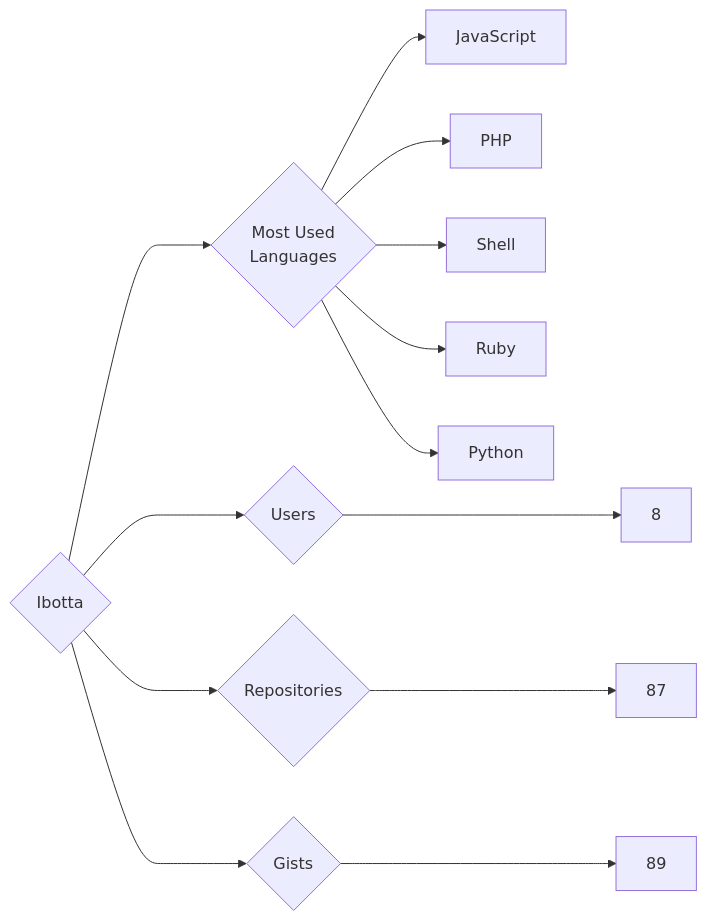
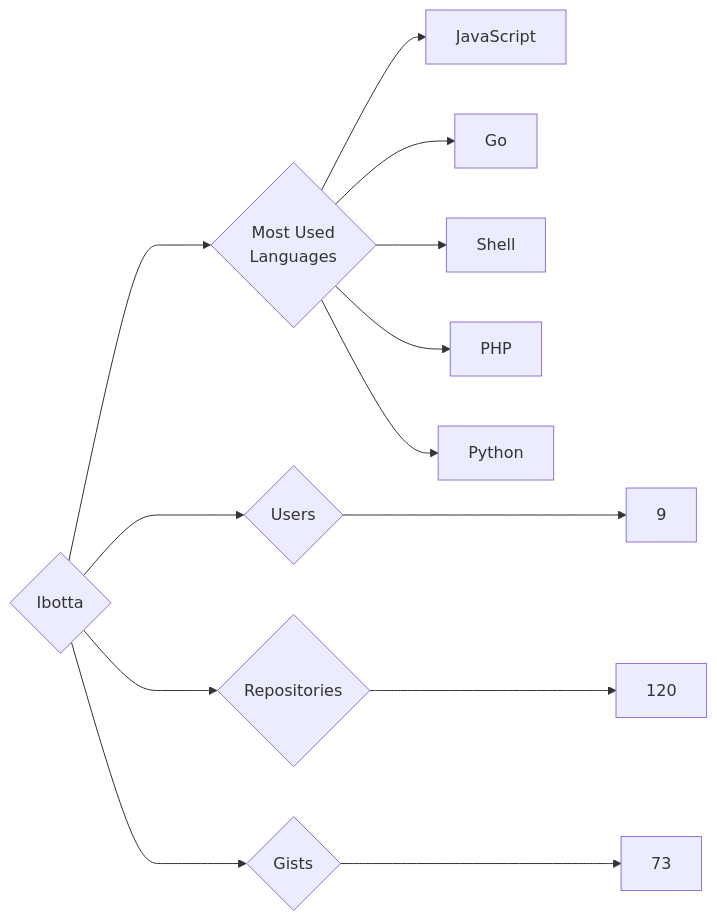
The diagram in targets/Ibotta/README.md (trickest/insiders), drawn with Mermaid before and after one commit. The commit also changed 693 other files, not shown here.

````diff
--- a/targets/Ibotta/README.md
+++ b/targets/Ibotta/README.md
@@ -3,13 +3,13 @@
 ```mermaid
 graph LR
 COMPANY_NAME{Ibotta}
-COMPANY_NAME ---> U{Users} ---> UN[8]
-COMPANY_NAME ---> R{Repositories} ---> RN[87]
-COMPANY_NAME ---> G{Gists} ---> GN[89]
+COMPANY_NAME ---> U{Users} ---> UN[9]
+COMPANY_NAME ---> R{Repositories} ---> RN[120]
+COMPANY_NAME ---> G{Gists} ---> GN[73]
 COMPANY_NAME ---> ML{Most Used<br>Languages}
 ML --> JavaScript[JavaScript]
+ML --> Go[Go]
+ML --> Shell[Shell]
 ML --> PHP[PHP]
-ML --> Shell[Shell]
-ML --> Ruby[Ruby]
 ML --> Python[Python]
 ```
````
